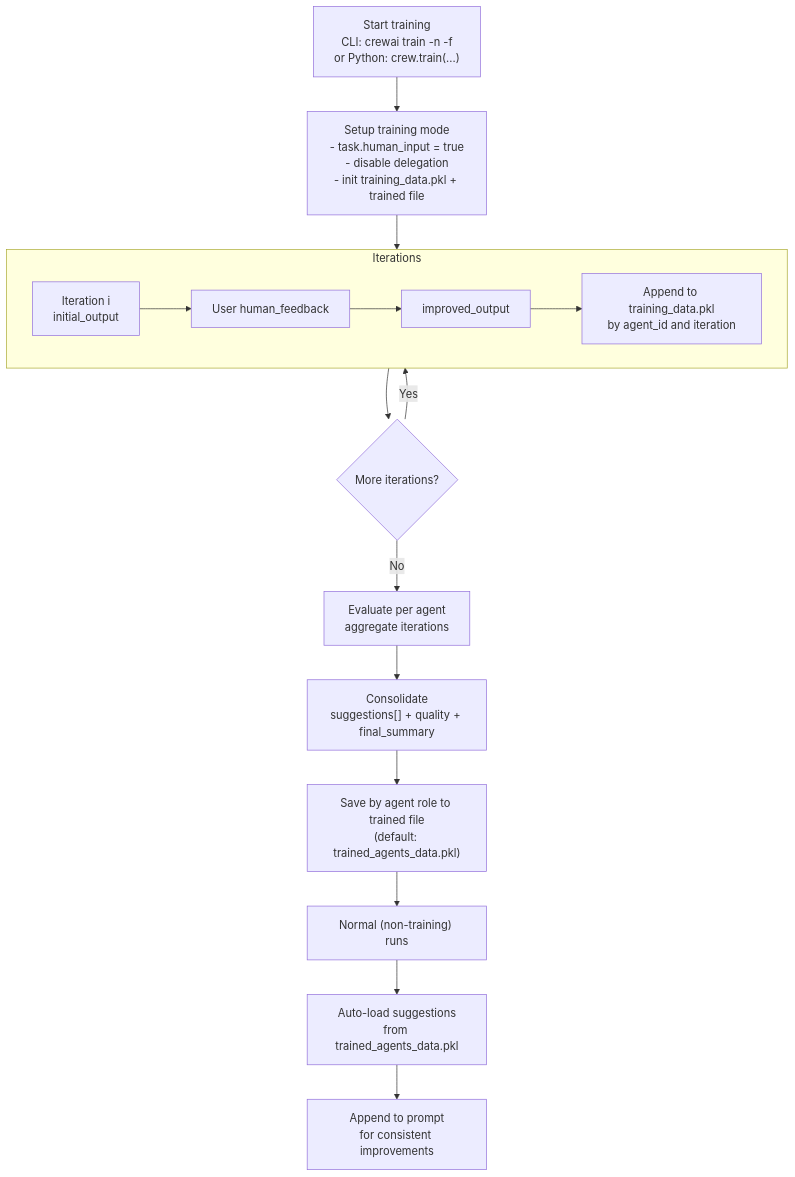
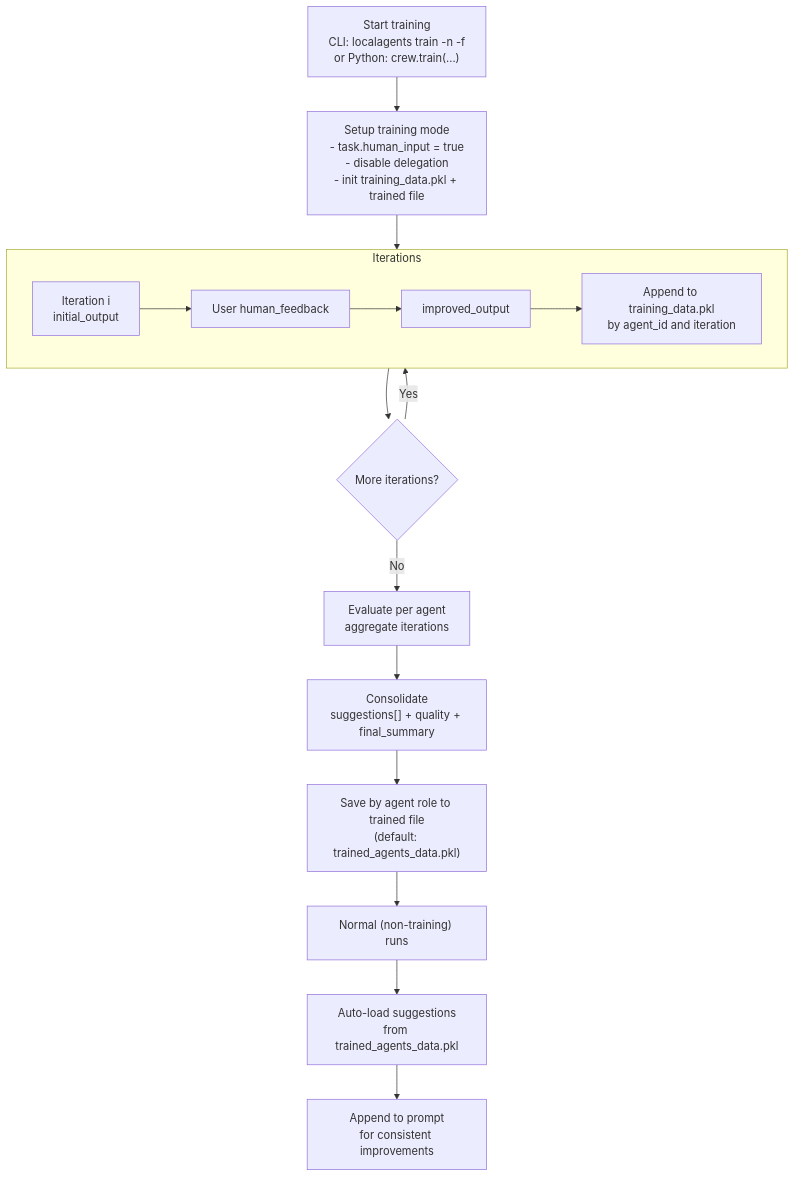
The diagram in docs/ar/concepts/training.mdx (ArmmGh/crewAI), drawn with Mermaid before and after one commit. The commit also changed other lines of this file and 3687 other files, not shown here.

First line of the commit message:
refactor: replace all crewai references with localagents

````diff
--- a/docs/ar/concepts/training.mdx
+++ b/docs/ar/concepts/training.mdx
@@ -65,23 +65,23 @@
 ```mermaid
 flowchart TD
-  A["Start training<br/>CLI: crewai train -n -f<br/>or Python: crew.train(...)"] --> B["Setup training mode<br/>- task.human_input = true<br/>- disable delegation<br/>- init training_data.pkl + trained file"]
+  A["Start training<br/>CLI: localagents train -n -f<br/>or Python: crew.train(...)"] --> B["Setup training mode<br/>- task.human_input = true<br/>- disable delegation<br/>- init training_data.pkl + trained file"]
 
   subgraph "Iterations"
     direction LR
     C["Iteration i<br/>initial_output"] --> D["User human_feedback"]
     D --> E["improved_output"]
     E --> F["Append to training_data.pkl<br/>by agent_id and iteration"]
   end
 
   B --> C
   F --> G{"More iterations?"}
   G -- "Yes" --> C
   G -- "No" --> H["Evaluate per agent<br/>aggregate iterations"]
 
   H --> I["Consolidate<br/>suggestions[] + quality + final_summary"]
   I --> J["Save by agent role to trained file<br/>(default: trained_agents_data.pkl)"]
 
   J --> K["Normal (non-training) runs"]
   K --> L["Auto-load suggestions<br/>from trained_agents_data.pkl"]
   L --> M["Append to prompt<br/>for consistent improvements"]
 ```
````
